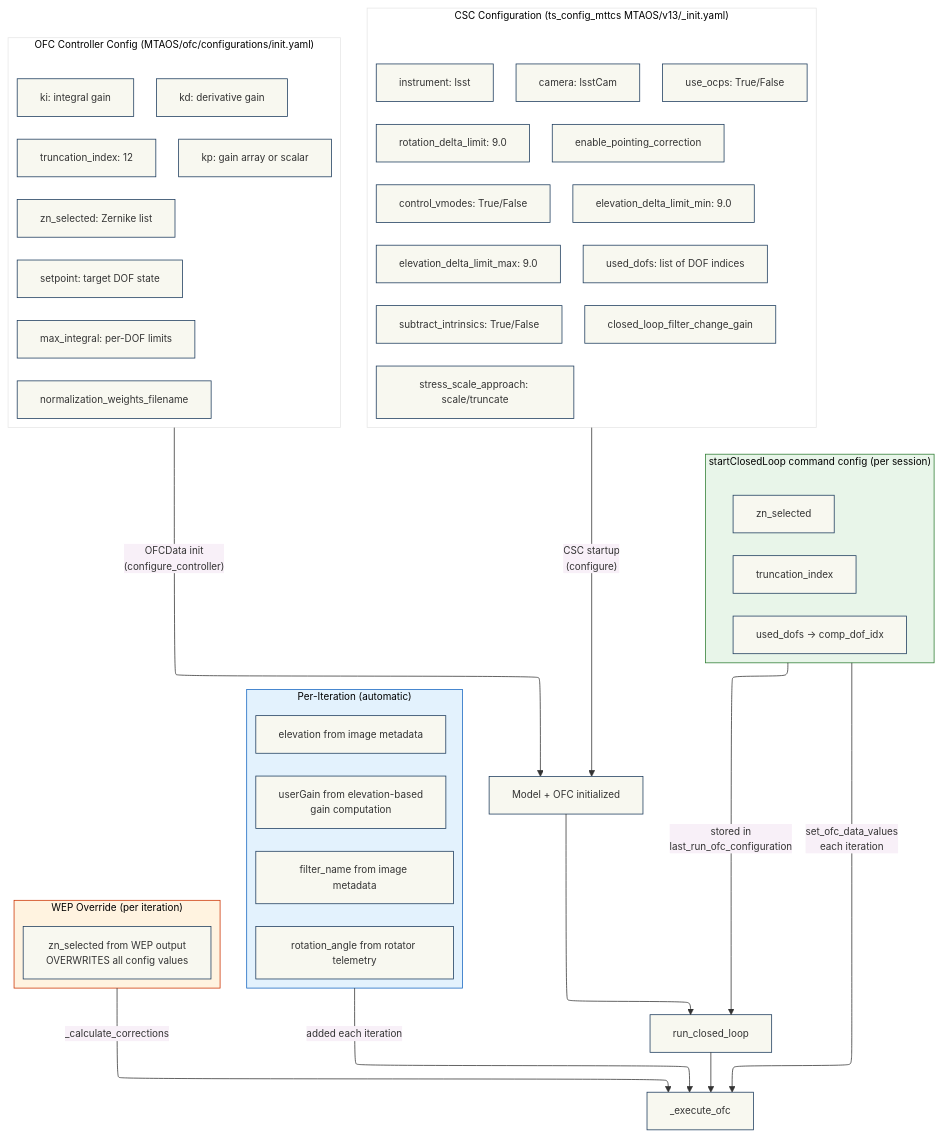
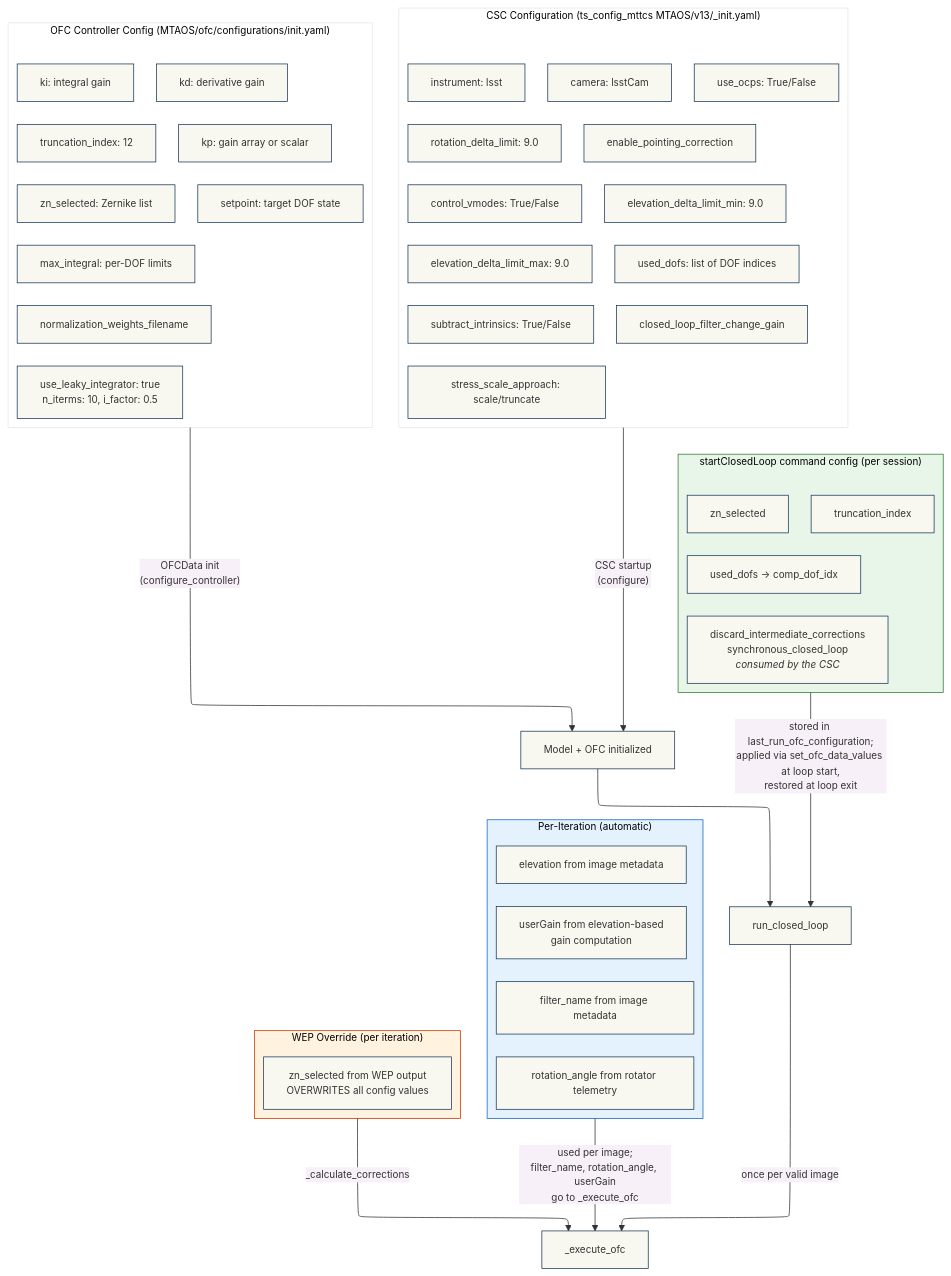
One commit to lsst-ts/ts_mtaos changed the diagram in doc/closed-loop/_static/config_flow.mmd. Above: the diagram before and after it, drawn with Mermaid. The commit also changed 9 other files, not shown here.

First line of the commit message:
Update closed loop documentation for session-scoped OFC configuration and the leaky integrator.

```diff
--- a/doc/closed-loop/_static/config_flow.mmd
+++ b/doc/closed-loop/_static/config_flow.mmd
@@ -1,71 +1,72 @@
 ---
 config:
   theme: base
   themeVariables:
     primaryColor: '#f8f8f0'
     primaryBorderColor: '#1b3a5c'
     lineColor: '#333'
     fontSize: 13px
   layout: elk
 ---
 flowchart TB
     subgraph CSC_CONFIG["CSC Configuration (ts_config_mttcs MTAOS/v13/_init.yaml)"]
         direction TB
         CSC_CAMERA[camera: lsstCam]
         CSC_INSTRUMENT[instrument: lsst]
         CSC_VMODES[control_vmodes: True/False]
         CSC_DOFS[used_dofs: list of DOF indices]
         CSC_SUBTRACT[subtract_intrinsics: True/False]
         CSC_EL_MAX[elevation_delta_limit_max: 9.0]
         CSC_EL_MIN[elevation_delta_limit_min: 9.0]
         CSC_ROT[rotation_delta_limit: 9.0]
         CSC_STRESS[stress_scale_approach: scale/truncate]
         CSC_OCPS[use_ocps: True/False]
         CSC_FILTER_GAIN[closed_loop_filter_change_gain]
         CSC_POINTING[enable_pointing_correction]
     end
 
     subgraph OFC_CONFIG["OFC Controller Config (MTAOS/ofc/configurations/init.yaml)"]
         direction TB
         OFC_KP[kp: gain array or scalar]
         OFC_KI[ki: integral gain]
         OFC_KD[kd: derivative gain]
+        OFC_LEAKY[use_leaky_integrator: true<br/>n_iterms: 10, i_factor: 0.5]
         OFC_TRUNC[truncation_index: 12]
         OFC_ZN[zn_selected: Zernike list]
         OFC_SETPOINT[setpoint: target DOF state]
         OFC_MAX_INT[max_integral: per-DOF limits]
         OFC_NORM[normalization_weights_filename]
     end
 
     subgraph SCRIPT["startClosedLoop command config (per session)"]
         direction TB
         SC_DOFS[used_dofs → comp_dof_idx]
         SC_TRUNC[truncation_index]
         SC_ZN[zn_selected]
+        SC_FLAGS[discard_intermediate_corrections<br/>synchronous_closed_loop<br/><i>consumed by the CSC</i>]
     end
 
     subgraph PER_ITER["Per-Iteration (automatic)"]
         direction TB
         PI_FILTER[filter_name from image metadata]
         PI_EL[elevation from image metadata]
         PI_ROT[rotation_angle from rotator telemetry]
         PI_GAIN[userGain from elevation-based<br/>gain computation]
     end
 
     subgraph WEP_OVERRIDE["WEP Override (per iteration)"]
         direction TB
         WEP_ZN[zn_selected from WEP output<br/>OVERWRITES all config values]
     end
 
     CSC_CONFIG -->|"CSC startup<br/>(configure)"| MODEL[Model + OFC initialized]
     OFC_CONFIG -->|"OFCData init<br/>(configure_controller)"| MODEL
-    SCRIPT -->|"stored in<br/>last_run_ofc_configuration"| LOOP[run_closed_loop]
+    SCRIPT -->|"stored in last_run_ofc_configuration;<br/>applied via set_ofc_data_values at loop start,<br/>restored at loop exit"| LOOP[run_closed_loop]
     MODEL --> LOOP
-    PER_ITER -->|"added each iteration"| OFC_CALL[_execute_ofc]
-    SCRIPT -->|"set_ofc_data_values<br/>each iteration"| OFC_CALL
-    LOOP --> OFC_CALL
+    PER_ITER -->|"used per image;<br/>filter_name, rotation_angle, userGain<br/>go to _execute_ofc"| OFC_CALL[_execute_ofc]
+    LOOP -->|"once per valid image"| OFC_CALL
     WEP_OVERRIDE -->|"_calculate_corrections"| OFC_CALL
 
     style WEP_OVERRIDE fill:#fff3e0,stroke:#cc3300
     style SCRIPT fill:#e8f5e9,stroke:#2e7d32
     style PER_ITER fill:#e3f2fd,stroke:#1565c0
```
